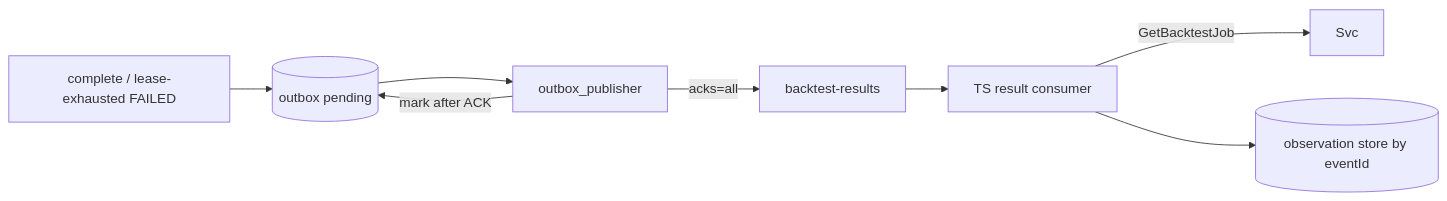
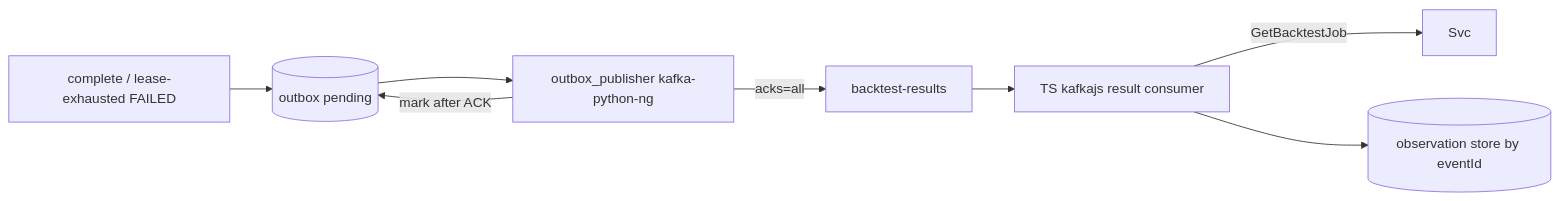
One commit to KimSunWooo/Auto-Trading-system changed the fifth of 6 diagrams in extensions/docs/ARCHITECTURE.md. Above: the diagram before and after it, drawn with Mermaid. The commit also changed other lines of this file and 17 other files, not shown here.

````diff
--- a/extensions/docs/ARCHITECTURE.md
+++ b/extensions/docs/ARCHITECTURE.md
@@ -127,10 +150,10 @@
 ```mermaid
 flowchart LR
   Complete[complete / lease-exhausted FAILED] --> Outbox[(outbox pending)]
-  Outbox --> Pub[outbox_publisher]
+  Outbox --> Pub[outbox_publisher kafka-python-ng]
   Pub -->|acks=all| Kafka[backtest-results]
   Pub -->|mark after ACK| Outbox
-  Kafka --> Cons[TS result consumer]
+  Kafka --> Cons[TS kafkajs result consumer]
   Cons -->|GetBacktestJob| Svc
   Cons --> Obs[(observation store by eventId)]
 ```
````
